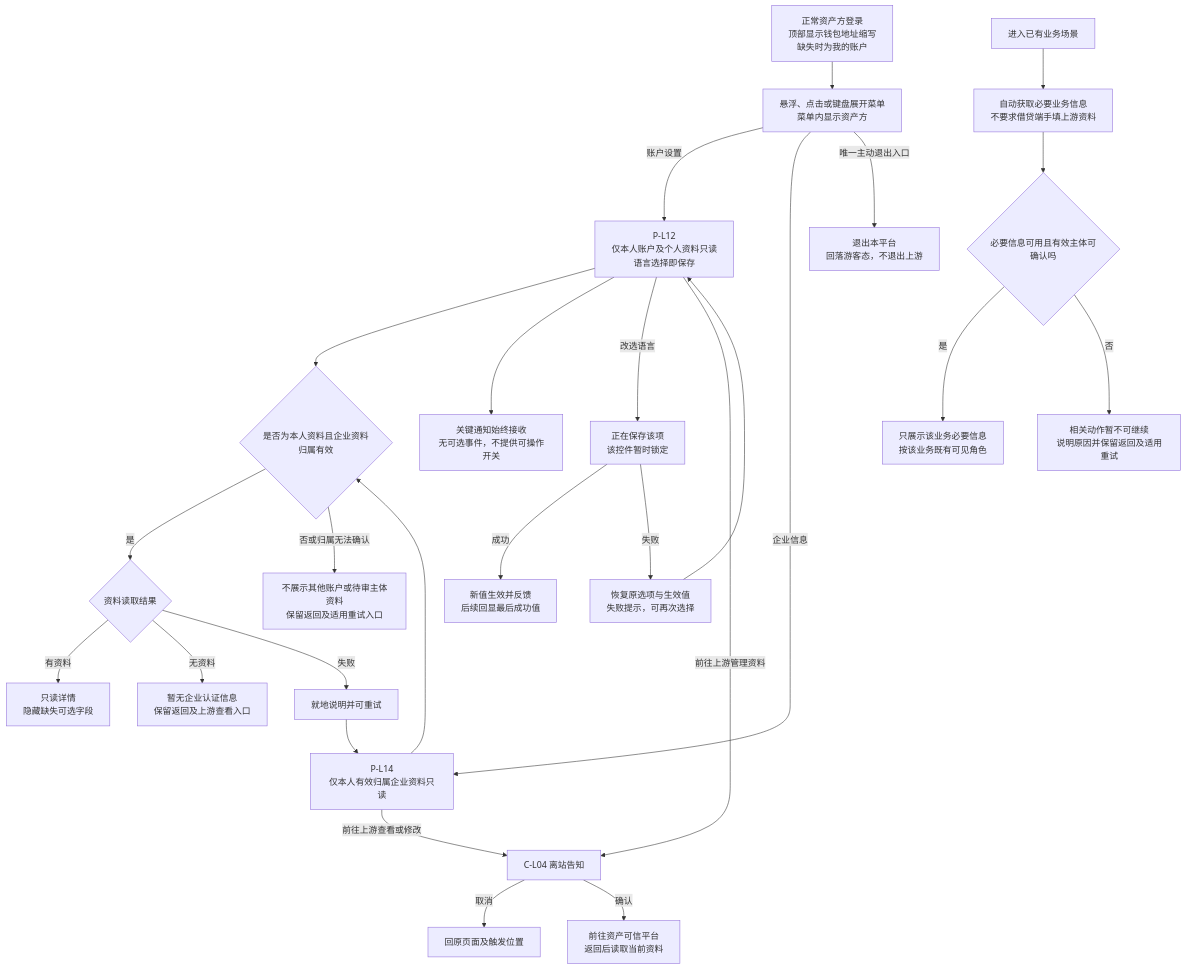
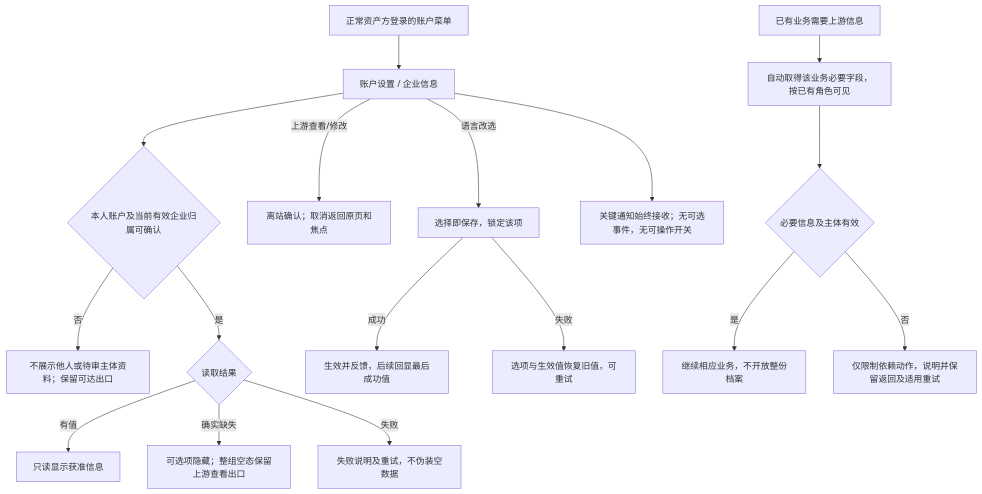
Before and after one commit to wxblockchain/Chain-Financing: the fifth of 6 diagrams in lending-platform/PRD/v2.0-登录与账户体系/03-登录主干与资产方SSO接入-流程图与状态机.md, drawn with Mermaid. The commit also changed other lines of this file and 7 other files, not shown here.

````diff
--- a/lending-platform/PRD/v2.0-登录与账户体系/03-登录主干与资产方SSO接入-流程图与状态机.md
+++ b/lending-platform/PRD/v2.0-登录与账户体系/03-登录主干与资产方SSO接入-流程图与状态机.md
@@ -136,28 +110,19 @@
 ```mermaid
 flowchart TD
-    TOP["正常资产方登录<br/>顶部显示钱包地址缩写<br/>缺失时为我的账户"] --> MENU["悬浮、点击或键盘展开菜单<br/>菜单内显示资产方"]
-    MENU -->|账户设置| ACCOUNT["P-L12<br/>仅本人账户及个人资料只读<br/>语言选择即保存"]
-    MENU -->|企业信息| COMPANY["P-L14<br/>仅本人有效归属企业资料只读"]
-    MENU -->|唯一主动退出入口| OUT["退出本平台<br/>回落游客态，不退出上游"]
-    ACCOUNT --> ACCESS{"是否为本人资料且企业资料归属有效"}
-    COMPANY --> ACCESS
-    ACCESS -->|是| DATA{"资料读取结果"}
-    ACCESS -->|否或归属无法确认| DENY["不展示其他账户或待审主体资料<br/>保留返回及适用重试入口"]
-    DATA -->|有资料| DETAIL["只读详情<br/>隐藏缺失可选字段"]
-    DATA -->|无资料| EMPTY["暂无企业认证信息<br/>保留返回及上游查看入口"]
-    DATA -->|失败| RETRY["就地说明并可重试"]
-    RETRY --> COMPANY
-    ACCOUNT --> POLICY["关键通知始终接收<br/>无可选事件，不提供可操作开关"]
-    ACCOUNT -->|改选语言| SAVE["正在保存该项<br/>该控件暂时锁定"]
-    SAVE -->|成功| SUCCESS["新值生效并反馈<br/>后续回显最后成功值"]
-    SAVE -->|失败| FAIL["恢复原选项与生效值<br/>失败提示，可再次选择"]
-    FAIL --> ACCOUNT
-    ACCOUNT -->|前往上游管理资料| LEAVE["C-L04 离站告知"]
-    COMPANY -->|前往上游查看或修改| LEAVE
-    LEAVE -->|取消| BACK["回原页面及触发位置"]
-    LEAVE -->|确认| UP["前往资产可信平台<br/>返回后读取当前资料"]
-    BUSINESS["进入已有业务场景"] --> GET["自动获取必要业务信息<br/>不要求借贷端手填上游资料"]
-    GET --> READY{"必要信息可用且有效主体可确认吗"}
-    READY -->|是| SHOW["只展示该业务必要信息<br/>按该业务既有可见角色"]
-    READY -->|否| LIMITED["相关动作暂不可继续<br/>说明原因并保留返回及适用重试"]
+    MENU["正常资产方登录的账户菜单"] --> P["账户设置 / 企业信息"]
+    P --> OWNER{"本人账户及当前有效企业归属可确认"}
+    OWNER -->|否| DENY["不展示他人或待审主体资料；保留可达出口"]
+    OWNER -->|是| LOAD{"读取结果"}
+    LOAD -->|有值| SHOW["只读显示获准信息"]
+    LOAD -->|确实缺失| EMPTY["可选项隐藏；整组空态保留上游查看出口"]
+    LOAD -->|失败| FAIL["失败说明及重试，不伪装空数据"]
+    P -->|上游查看/修改| LEAVE["离站确认；取消返回原页和焦点"]
+    P -->|语言改选| SAVE["选择即保存，锁定该项"]
+    SAVE -->|成功| OK["生效并反馈，后续回显最后成功值"]
+    SAVE -->|失败| ROLLBACK["选项与生效值恢复旧值，可重试"]
+    P --> NOTICE["关键通知始终接收；无可选事件，无可操作开关"]
+    B["已有业务需要上游信息"] --> AUTO["自动取得该业务必要字段，按已有角色可见"]
+    AUTO --> NEED{"必要信息及主体有效"}
+    NEED -->|是| USE["继续相应业务，不开放整份档案"]
+    NEED -->|否| LIMIT["仅限制依赖动作，说明并保留返回及适用重试"]
 ```
````
